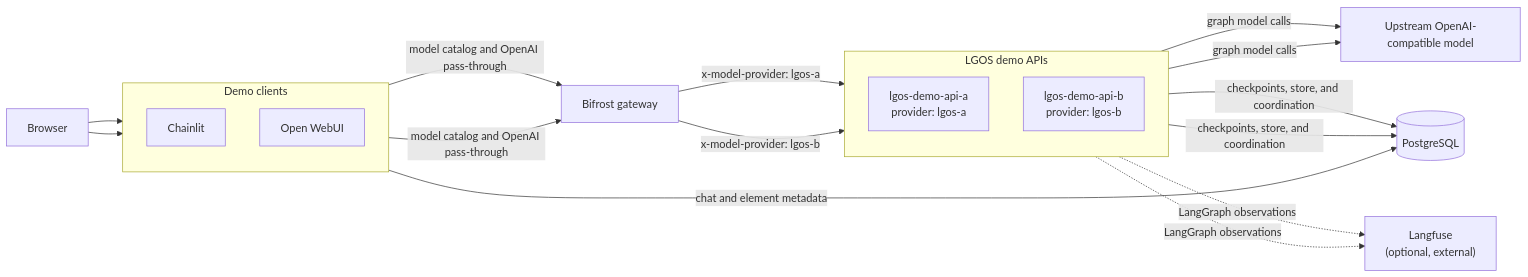
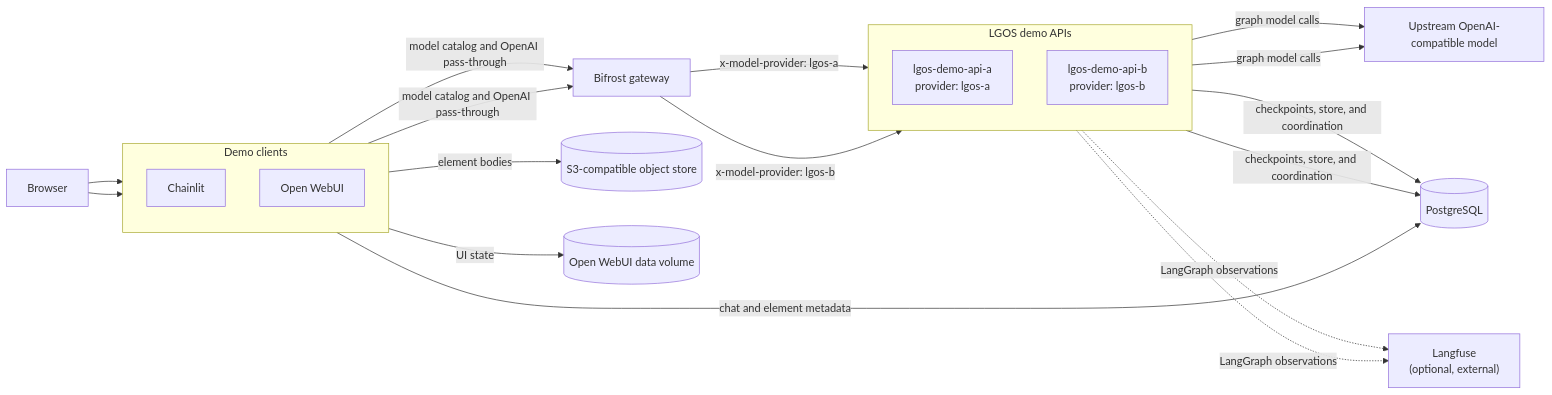
Before and after one commit to ilkersigirci/langgraph-openai-serve: the first of 2 diagrams in docs/demo/architecture.md, drawn with Mermaid. The commit also changed other lines of this file and 21 other files, not shown here.

Commit message:
feat: demo graphs visual examples added

````diff
--- a/docs/demo/architecture.md
+++ b/docs/demo/architecture.md
@@ -7,36 +7,40 @@
 ```mermaid
 flowchart LR
   user["Browser"]
 
   subgraph clients["Demo clients"]
     direction TB
     chainlit["Chainlit"]
     openwebui["Open WebUI"]
   end
 
   bifrost["Bifrost gateway"]
 
   subgraph apis["LGOS demo APIs"]
     direction TB
     api_a["lgos-demo-api-a<br/>provider: lgos-a"]
     api_b["lgos-demo-api-b<br/>provider: lgos-b"]
   end
 
   postgres[("PostgreSQL")]
+  s3[("S3-compatible object store")]
+  openwebui_data[("Open WebUI data volume")]
   model["Upstream OpenAI-compatible model"]
   langfuse["Langfuse<br/>(optional, external)"]
 
   user --> chainlit
   user --> openwebui
   chainlit -->|"model catalog and OpenAI pass-through"| bifrost
   openwebui -->|"model catalog and OpenAI pass-through"| bifrost
   bifrost -->|"x-model-provider: lgos-a"| api_a
   bifrost -->|"x-model-provider: lgos-b"| api_b
   api_a -->|"graph model calls"| model
   api_b -->|"graph model calls"| model
   api_a -->|"checkpoints, store, and coordination"| postgres
   api_b -->|"checkpoints, store, and coordination"| postgres
   chainlit -->|"chat and element metadata"| postgres
+  chainlit -->|"element bodies"| s3
+  openwebui -->|"UI state"| openwebui_data
   api_a -.->|"LangGraph observations"| langfuse
   api_b -.->|"LangGraph observations"| langfuse
 ```
````
